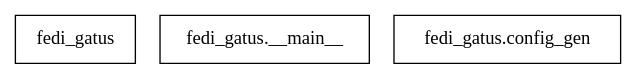
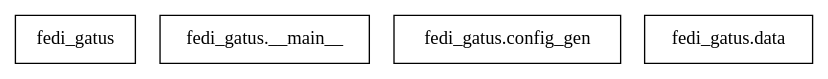
The diagram in docs/packages.dot (Jelloeater/fedi_gatus), drawn with Graphviz before and after one commit. The commit also changed 4 other files, not shown here.

```diff
--- a/docs/packages.dot
+++ b/docs/packages.dot
@@ -1,7 +1,8 @@
 digraph "packages" {
 rankdir=BT
 charset="utf-8"
 "fedi_gatus" [color="black", label=<fedi_gatus>, shape="box", style="solid"];
 "fedi_gatus.__main__" [color="black", label=<fedi_gatus.__main__>, shape="box", style="solid"];
 "fedi_gatus.config_gen" [color="black", label=<fedi_gatus.config_gen>, shape="box", style="solid"];
+"fedi_gatus.data" [color="black", label=<fedi_gatus.data>, shape="box", style="solid"];
 }
```
